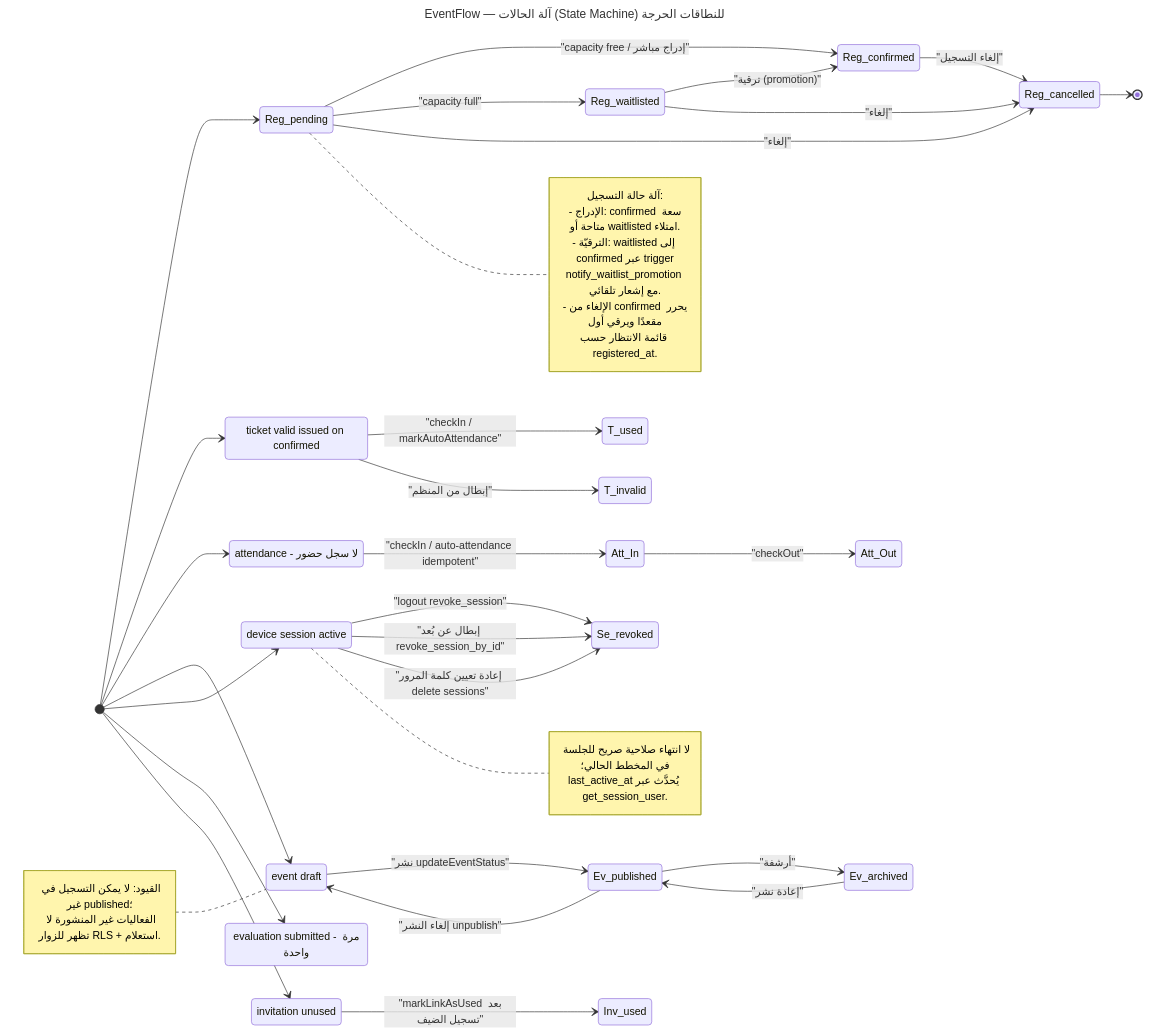
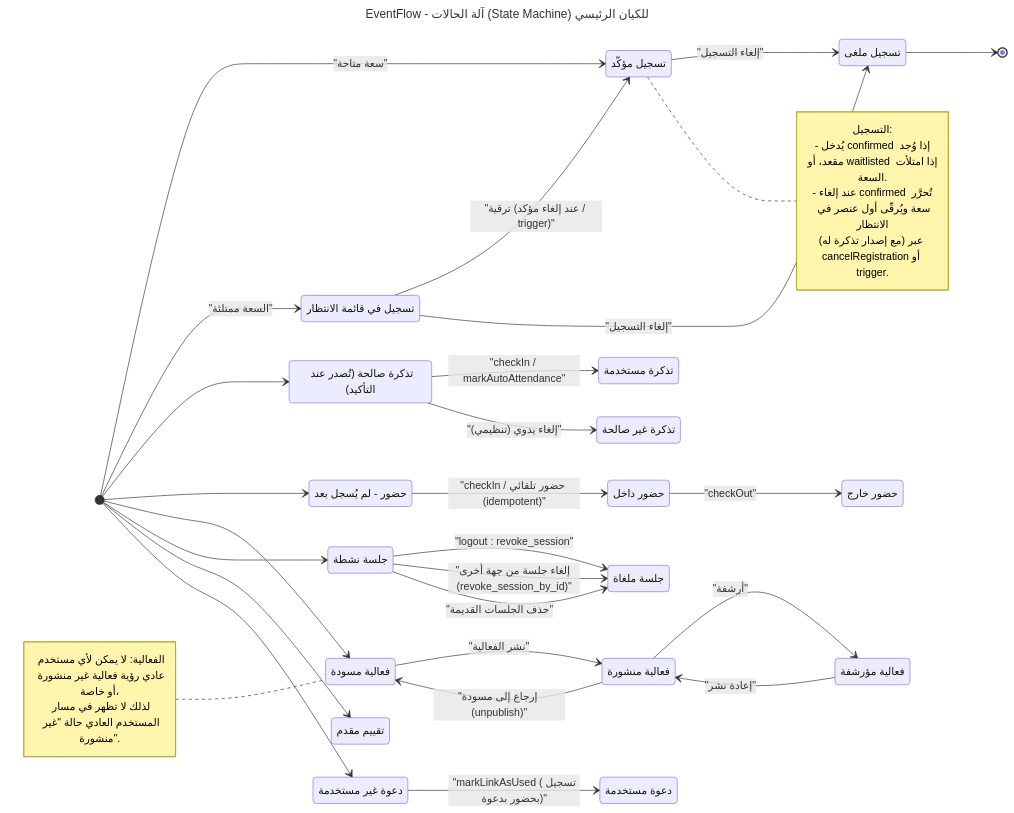
Before and after one commit to Mo-CS/event_flow: the diagram in uml-exhaustive/07_state_machine.mmd, drawn with Mermaid. The commit also changed 163 other files, not shown here.

First line of the commit message:
docs: document the new modules, UML deliverables, and i18n guide

```diff
--- a/uml-exhaustive/07_state_machine.mmd
+++ b/uml-exhaustive/07_state_machine.mmd
@@ -1,83 +1,75 @@
 ---
-title: EventFlow — آلة الحالات (State Machine) للنطاقات الحرجة
+title: EventFlow - آلة الحالات (State Machine) للكيان الرئيسي
 ---
 %% المصدر: src/services/eventService.ts (registerForEvent, cancelRegistration,
-%%        updateEventStatus), src/services/attendanceService.ts (checkIn),
-%%        src/services/ticketService.ts, src/services/authService.ts،
-%%        schema.sql (notify_waitlist_promotion trigger).
-%% ملاحظة: أسماء مسطحة (prefix لكل كائن نطاق) لتفادي خطأ مُحلل Mermaid 11
-%% في الحالات المركّبة؛ تُعلن كل الحالات قبل الانتقالات والملاحظات.
+%%          updateEventStatus), src/services/attendanceService.ts (checkIn),
+%%          src/services/ticketService.ts, src/services/authService.ts
+%% ملاحظات واقعية:
+%%   - النظام لا يكتب حالة "pending" إطلاقاً؛ التسجيل يبدأ مباشرةً بـ
+%%     confirmed أو waitlisted (حسب السعة)، ثم cancelled.
+%%   - ترقية waitlisted -> confirmed تتم عبر الكيلنت (cancelRegistration)
+%%     ومرافقة بـ إصدار تذكرة، بالإضافة لـ trigger في القاعدة.
 
 stateDiagram-v2
     direction LR
 
-    Reg_pending
-    Reg_confirmed
-    Reg_waitlisted
-    Reg_cancelled
-    T_valid : ticket valid issued on confirmed
-    T_used
-    T_invalid
-    Att_None : attendance - لا سجل حضور
-    Att_In
-    Att_Out
-    Ev_draft : event draft
-    Ev_published
-    Ev_archived
-    Se_active : device session active
-    Se_revoked
-    Eval_submitted : evaluation submitted - مرة واحدة
-    Inv_unused : invitation unused
-    Inv_used
+    Reg_confirmed : تسجيل مؤكّد
+    Reg_waitlisted : تسجيل في قائمة الانتظار
+    Reg_cancelled : تسجيل ملغى
+    T_valid : تذكرة صالحة (تُصدر عند التأكيد)
+    T_used : تذكرة مستخدمة
+    T_invalid : تذكرة غير صالحة
+    Att_None : حضور - لم يُسجل بعد
+    Att_In : حضور داخل
+    Att_Out : حضور خارج
+    Ev_draft : فعالية مسودة
+    Ev_published : فعالية منشورة
+    Ev_archived : فعالية مؤرشفة
+    Se_active : جلسة نشطة
+    Se_revoked : جلسة ملغاة
+    Eval_submitted : تقييم مقدم
+    Inv_unused : دعوة غير مستخدمة
+    Inv_used : دعوة مستخدمة
 
-    [*] --> Reg_pending
-    Reg_pending --> Reg_confirmed : "capacity free / إدراج مباشر"
-    Reg_pending --> Reg_waitlisted : "capacity full"
-    Reg_pending --> Reg_cancelled : "إلغاء"
-    Reg_waitlisted --> Reg_confirmed : "ترقية (promotion)"
-    Reg_waitlisted --> Reg_cancelled : "إلغاء"
+    [*] --> Reg_confirmed : "سعة متاحة"
+    [*] --> Reg_waitlisted : "السعة ممتلئة"
     Reg_confirmed --> Reg_cancelled : "إلغاء التسجيل"
+    Reg_waitlisted --> Reg_confirmed : "ترقية (عند إلغاء مؤكد / trigger)"
+    Reg_waitlisted --> Reg_cancelled : "إلغاء التسجيل"
     Reg_cancelled --> [*]
 
     [*] --> T_valid
     T_valid --> T_used : "checkIn / markAutoAttendance"
-    T_valid --> T_invalid : "إبطال من المنظم"
+    T_valid --> T_invalid : "إلغاء يدوي (تنظيمي)"
 
     [*] --> Att_None
-    Att_None --> Att_In : "checkIn / auto-attendance idempotent"
+    Att_None --> Att_In : "checkIn / حضور تلقائي (idempotent)"
     Att_In --> Att_Out : "checkOut"
 
     [*] --> Ev_draft
-    Ev_draft --> Ev_published : "نشر updateEventStatus"
-    Ev_published --> Ev_draft : "إلغاء النشر unpublish"
+    Ev_draft --> Ev_published : "نشر الفعالية"
+    Ev_published --> Ev_draft : "إرجاع إلى مسودة (unpublish)"
     Ev_published --> Ev_archived : "أرشفة"
     Ev_archived --> Ev_published : "إعادة نشر"
 
     [*] --> Se_active
-    Se_active --> Se_revoked : "logout revoke_session"
-    Se_active --> Se_revoked : "إبطال عن بُعد revoke_session_by_id"
-    Se_active --> Se_revoked : "إعادة تعيين كلمة المرور delete sessions"
+    Se_active --> Se_revoked : "logout : revoke_session"
+    Se_active --> Se_revoked : "إلغاء جلسة من جهة أخرى (revoke_session_by_id)"
+    Se_active --> Se_revoked : "حذف الجلسات القديمة"
 
     [*] --> Eval_submitted
 
     [*] --> Inv_unused
-    Inv_unused --> Inv_used : "markLinkAsUsed بعد تسجيل الضيف"
+    Inv_unused --> Inv_used : "markLinkAsUsed (تسجيل بحضور بدعوة)"
 
-    note right of Reg_pending
-        آلة حالة التسجيل:
-        - الإدراج: confirmed سعة متاحة أو waitlisted امتلاء.
-        - الترقيّة: waitlisted إلى confirmed عبر trigger
-          notify_waitlist_promotion مع إشعار تلقائي.
-        - الإلغاء من confirmed يحرر مقعدًا ويرقي أول
-          قائمة الانتظار حسب registered_at.
+    note right of Reg_confirmed
+        التسجيل:
+        - يُدخل confirmed إذا وُجد مقعد، أو waitlisted إذا امتلأت السعة.
+        - عند إلغاء confirmed تُحرَّر سعة ويُرقّى أول عنصر في الانتظار
+          (مع إصدار تذكرة له) عبر cancelRegistration أو trigger.
     end note
 
     note left of Ev_draft
-        القيود: لا يمكن التسجيل في غير published؛
-        الفعاليات غير المنشورة لا تظهر للزوار RLS + استعلام.
+        الفعالية: لا يمكن لأي مستخدم عادي رؤية فعالية غير منشورة أو خاصة،
+        لذلك لا تظهر في مسار المستخدم العادي حالة "غير منشورة".
     end note
-
-    note right of Se_active
-        لا انتهاء صلاحية صريح للجلسة في المخطط الحالي؛
-        last_active_at يُحدَّث عبر get_session_user.
-    end note
```
